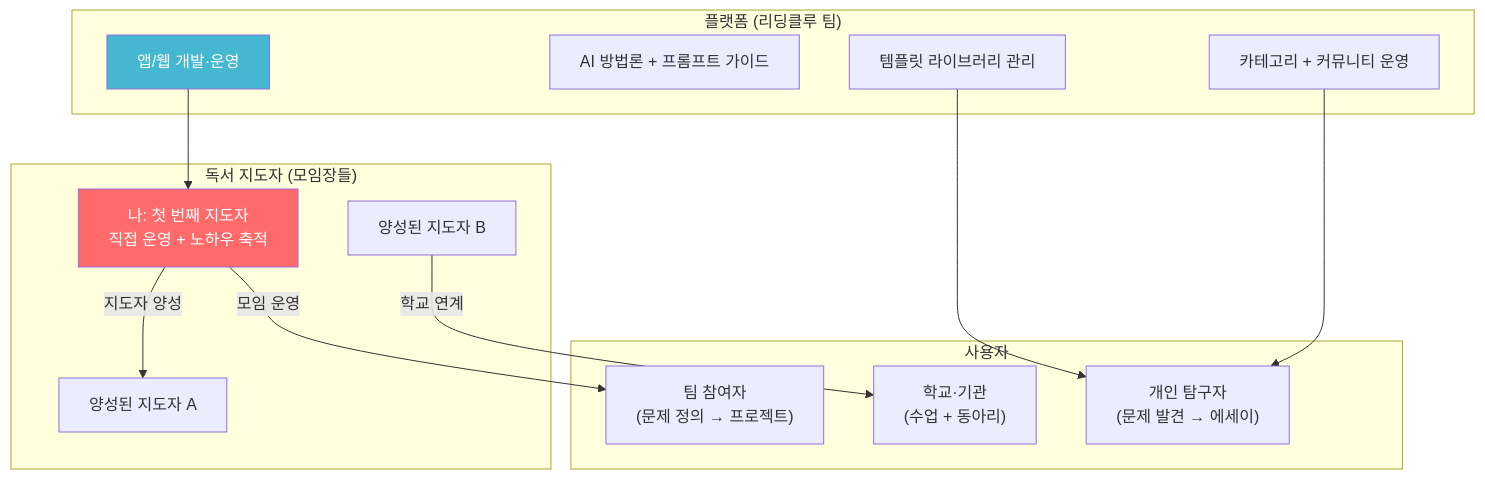
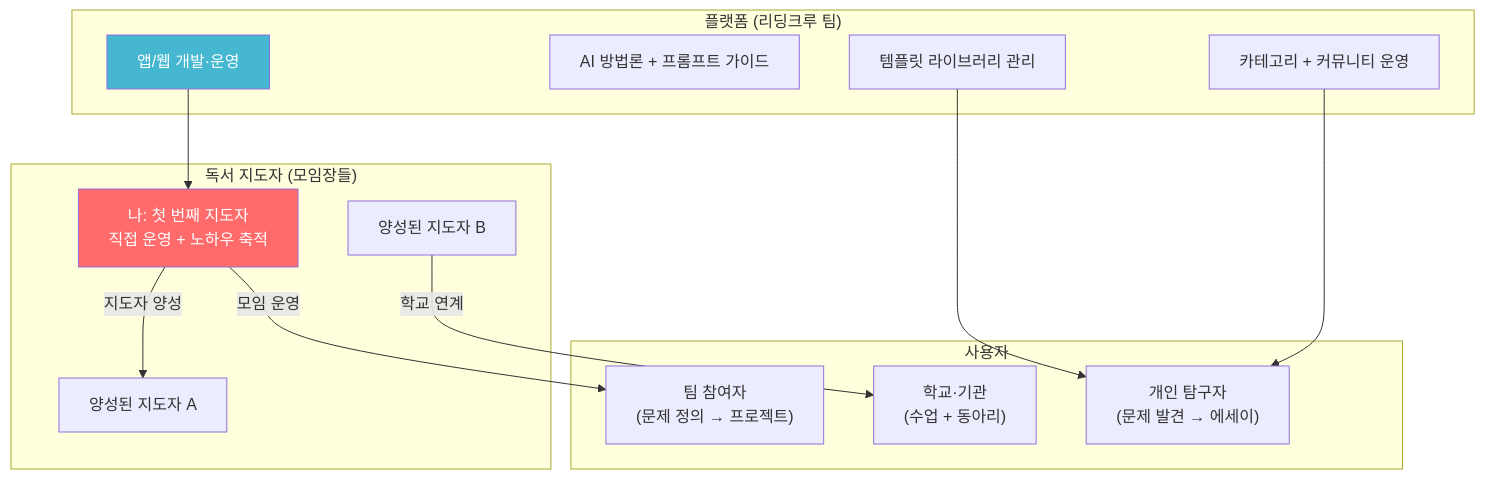
One commit to Collegenie-X/ReadingClueProject changed diagram 14 of 16 in 아이디어/6단계-리딩클루_유저시나리오_SMILE형.md. Above: the diagram before and after it, drawn with Mermaid. The commit also changed other lines of this file and 9 other files, not shown here.

````diff
--- a/아이디어/6단계-리딩클루_유저시나리오_SMILE형.md
+++ b/아이디어/6단계-리딩클루_유저시나리오_SMILE형.md
@@ -1860,31 +1860,31 @@
 ```mermaid
 graph TD
-    subgraph "플랫폼 (리딩클루 팀)"
+    subgraph "플랫폼 (리딩크루 팀)"
         OP1["앱/웹 개발·운영"]
         OP2["AI 방법론 + 프롬프트 가이드"]
         OP3["템플릿 라이브러리 관리"]
         OP4["카테고리 + 커뮤니티 운영"]
     end
 
     subgraph "독서 지도자 (모임장들)"
         G1["나: 첫 번째 지도자<br/>직접 운영 + 노하우 축적"]
         G2["양성된 지도자 A"]
         G3["양성된 지도자 B"]
     end
 
     subgraph "사용자"
         U1["개인 탐구자<br/>(문제 발견 → 에세이)"]
         U2["팀 참여자<br/>(문제 정의 → 프로젝트)"]
         U3["학교·기관<br/>(수업 + 동아리)"]
     end
 
     OP1 --> G1
     G1 -->|"모임 운영"| U2
     G1 -->|"지도자 양성"| G2
     OP3 --> U1
     OP4 --> U1
     G3 -->|"학교 연계"| U3
 
     style G1 fill:#FF6B6B,color:#fff
     style OP1 fill:#45B7D1,color:#fff
 ```
````
